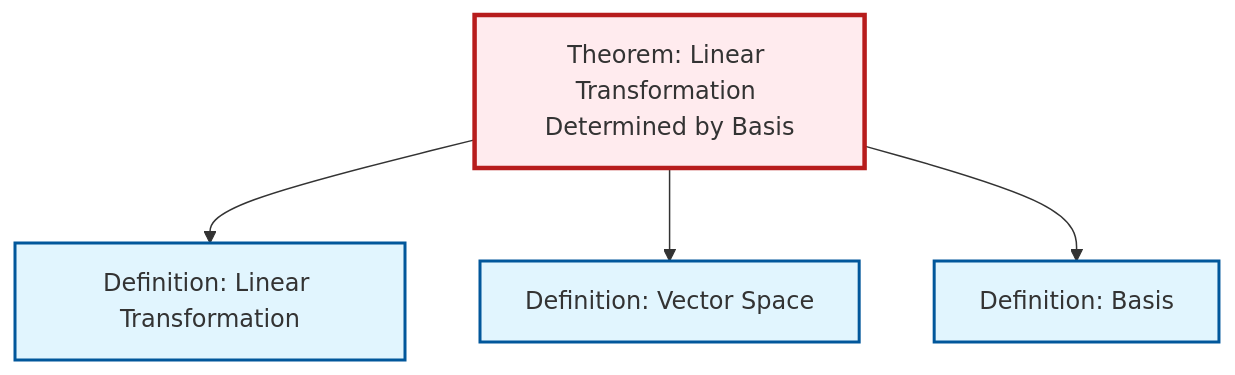
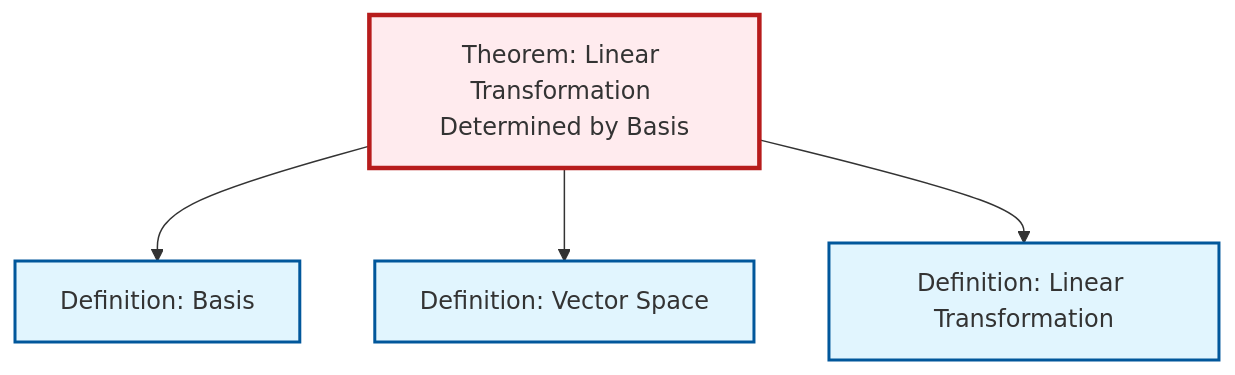
Before and after one commit to RK0429/ModernMath: the diagram in content/ja/algebra/thm-linear-transformation-basis.qmd, drawn with Mermaid. The commit also changed other lines of this file and 619 other files, not shown here.

````diff
--- a/content/ja/algebra/thm-linear-transformation-basis.qmd
+++ b/content/ja/algebra/thm-linear-transformation-basis.qmd
@@ -48,20 +48,20 @@
 ```{mermaid}
 %%| fig-cap: "Local dependency graph"
 graph TD
     classDef definition fill:#e1f5fe,stroke:#01579b,stroke-width:2px
     classDef theorem fill:#f3e5f5,stroke:#4a148c,stroke-width:2px
     classDef axiom fill:#fff3e0,stroke:#e65100,stroke-width:2px
     classDef example fill:#e8f5e9,stroke:#1b5e20,stroke-width:2px
     classDef current fill:#ffebee,stroke:#b71c1c,stroke-width:3px
+    def-basis["Definition: Basis"]:::definition
+    def-linear-transformation["Definition: Linear Transformation"]:::definition
     thm-linear-transformation-basis["Theorem: Linear Transformation Determined by Basis"]:::theorem
-    def-linear-transformation["Definition: Linear Transformation"]:::definition
-    def-basis["Definition: Basis"]:::definition
     def-vector-space["Definition: Vector Space"]:::definition
+    thm-linear-transformation-basis --> def-basis
+    thm-linear-transformation-basis --> def-vector-space
     thm-linear-transformation-basis --> def-linear-transformation
-    thm-linear-transformation-basis --> def-vector-space
-    thm-linear-transformation-basis --> def-basis
     class thm-linear-transformation-basis current
+    click def-basis "def-basis.html" "Definition: Basisへ"
     click def-linear-transformation "def-linear-transformation.html" "Definition: Linear Transformationへ"
-    click def-basis "def-basis.html" "Definition: Basisへ"
     click def-vector-space "def-vector-space.html" "Definition: Vector Spaceへ"
 ```
````
